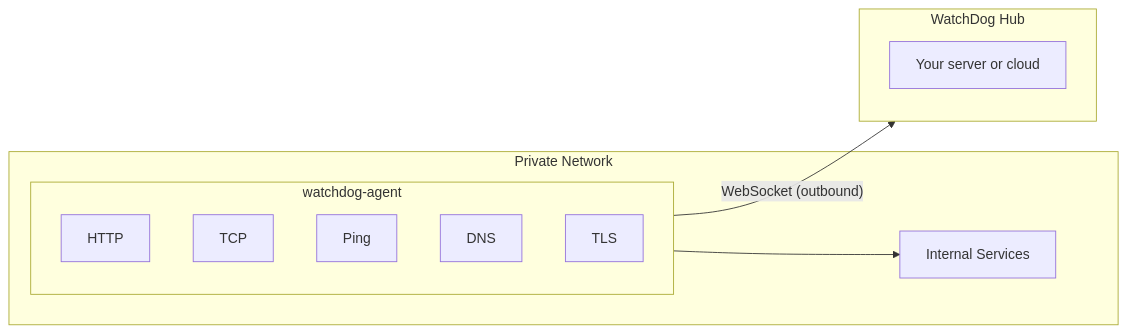
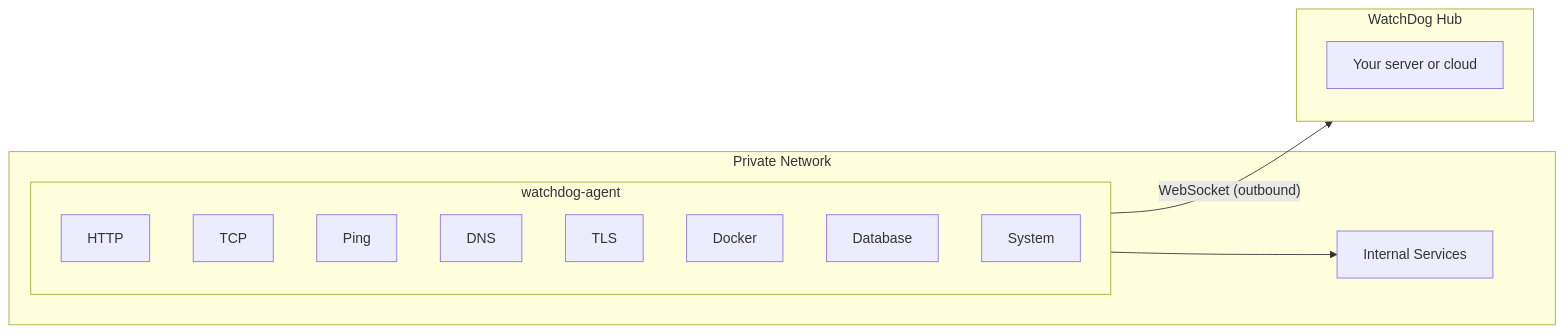
The diagram in README.md (sylvester-francis/watchdog-agent), drawn with Mermaid before and after one commit. The commit also changed other lines of this file, not shown here.

````diff
--- a/README.md
+++ b/README.md
@@ -39,20 +39,23 @@
 ```mermaid
 graph LR
     subgraph net["Private Network"]
         subgraph agent["watchdog-agent"]
             HTTP
             TCP
             Ping
             DNS
             TLS
+            Docker
+            Database
+            System
         end
         Services["Internal Services"]
         agent --> Services
     end
 
     subgraph hub["WatchDog Hub"]
         Server["Your server or cloud"]
     end
 
     agent -- "WebSocket (outbound)" --> hub
 ```
````
